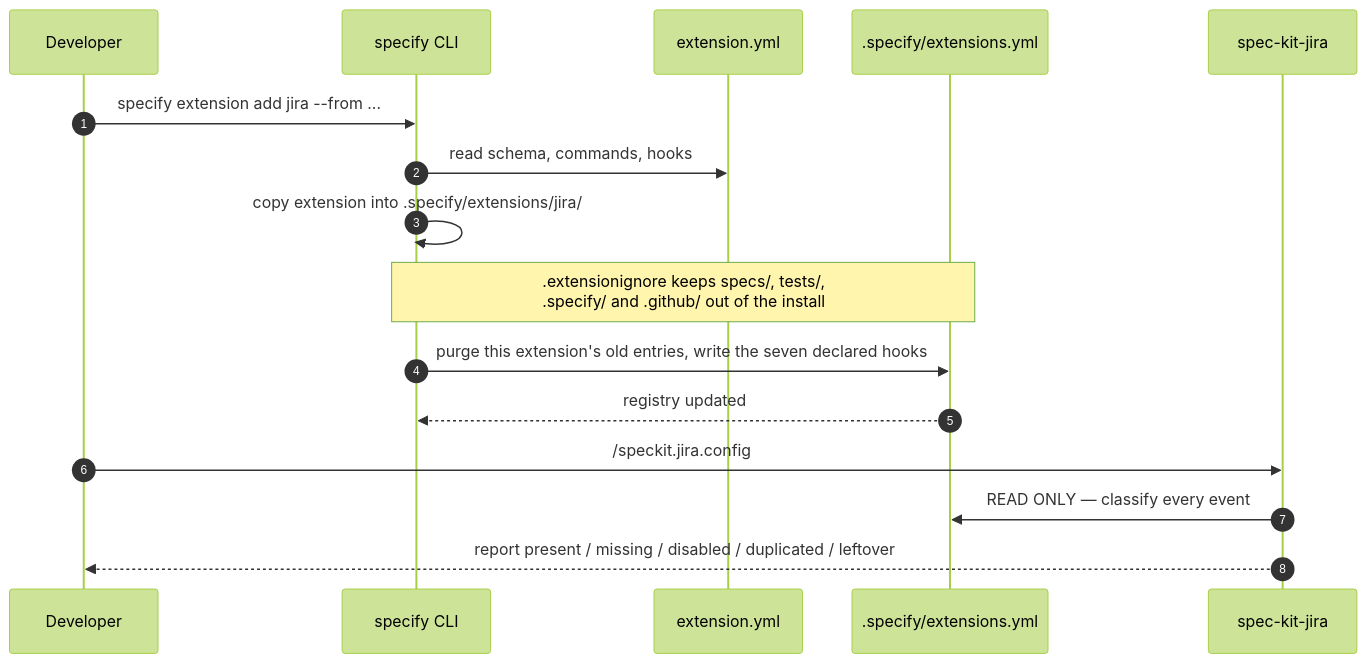
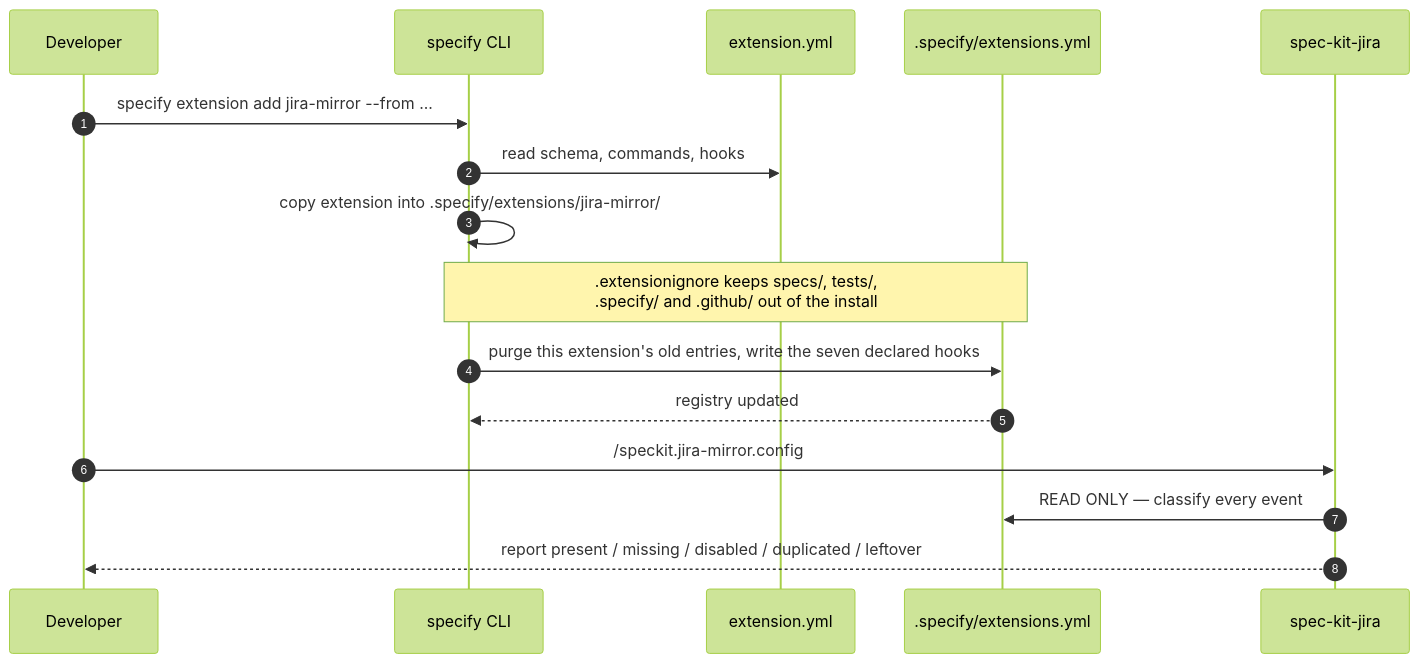
One commit to Fyloss/spec-kit-jira changed the second of 5 diagrams in docs/03-lifecycle-hooks.md. Above: the diagram before and after it, drawn with Mermaid (forest theme). The commit also changed other lines of this file and 104 other files, not shown here.

First line of the commit message:
feat!: rename the extension id, commands, and repository to jira-mirror (#57)

````diff
--- a/docs/03-lifecycle-hooks.md
+++ b/docs/03-lifecycle-hooks.md
@@ -51,20 +51,20 @@
 ```mermaid
 sequenceDiagram
     autonumber
     participant Dev as Developer
     participant Specify as specify CLI
     participant Manifest as extension.yml
     participant Registry as .specify/extensions.yml
     participant Bridge as spec-kit-jira
 
-    Dev->>Specify: specify extension add jira --from ...
+    Dev->>Specify: specify extension add jira-mirror --from ...
     Specify->>Manifest: read schema, commands, hooks
-    Specify->>Specify: copy extension into .specify/extensions/jira/
+    Specify->>Specify: copy extension into .specify/extensions/jira-mirror/
     Note over Specify,Registry: .extensionignore keeps specs/, tests/,<br/>.specify/ and .github/ out of the install
     Specify->>Registry: purge this extension's old entries, write the seven declared hooks
     Registry-->>Specify: registry updated
 
-    Dev->>Bridge: /speckit.jira.config
+    Dev->>Bridge: /speckit.jira-mirror.config
     Bridge->>Registry: READ ONLY — classify every event
     Bridge-->>Dev: report present / missing / disabled / duplicated / leftover
 ```
````
